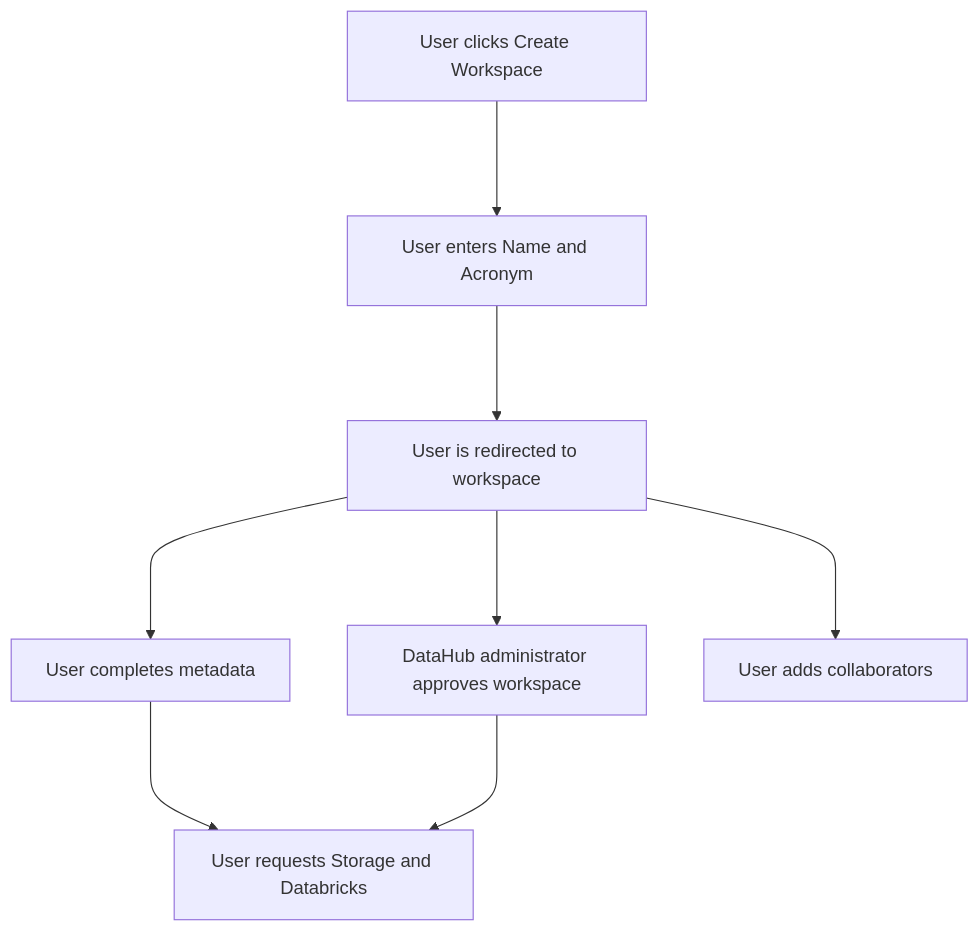
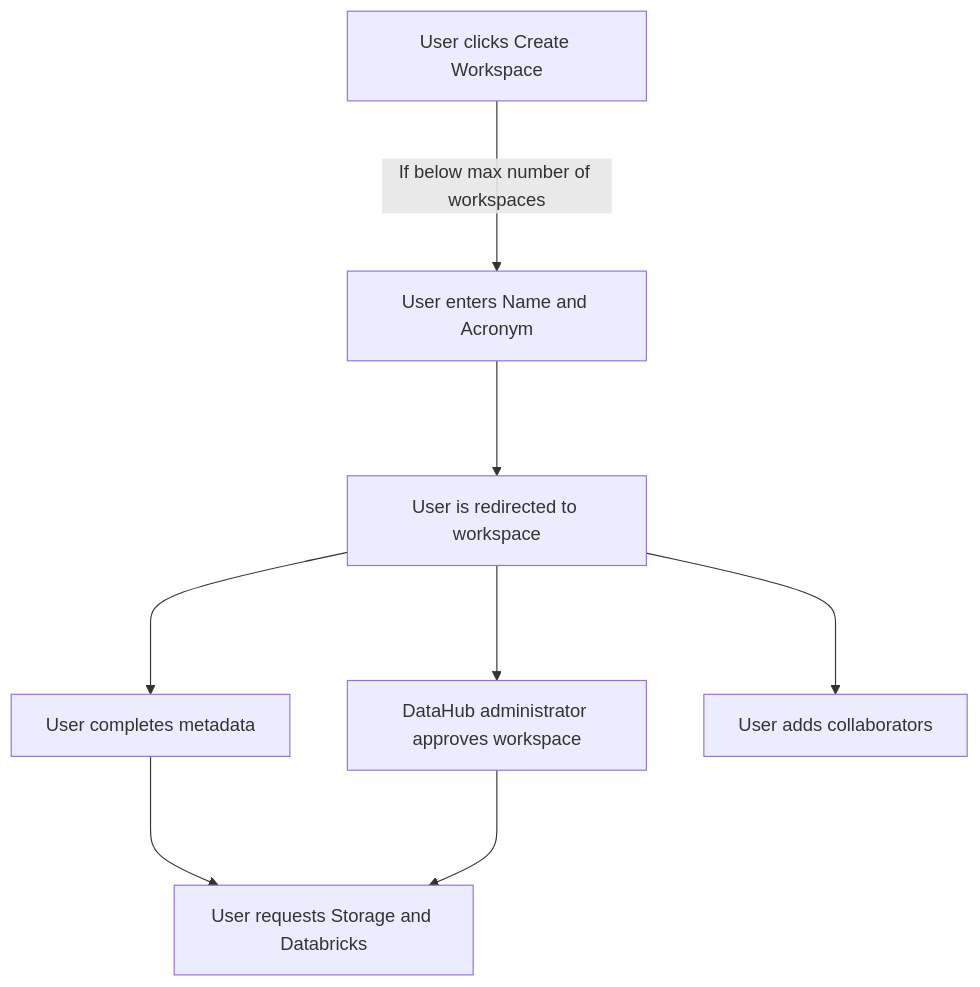
Before and after one commit to ssc-sp/datahub-docs: the third of 5 diagrams in UserGuide/Onboarding/OnboardingSummary.md, drawn with Mermaid.

````diff
--- a/UserGuide/Onboarding/OnboardingSummary.md
+++ b/UserGuide/Onboarding/OnboardingSummary.md
@@ -39,17 +39,17 @@
 ```mermaid
-flowchart TD 
+flowchart TD
     A[User clicks Create Workspace]
     B[User enters Name and Acronym]
     C[User is redirected to workspace]
     D[User completes metadata]
     E[DataHub administrator approves workspace]
     F[User requests Storage and Databricks]
     G[User adds collaborators]
-    A ---> B
+    A ---> |If below max number of workspaces|B
     B ---> C
     C ---> D
     C ---> E
     C ---> G
     D ---> F
     E ---> F
 ```
````
